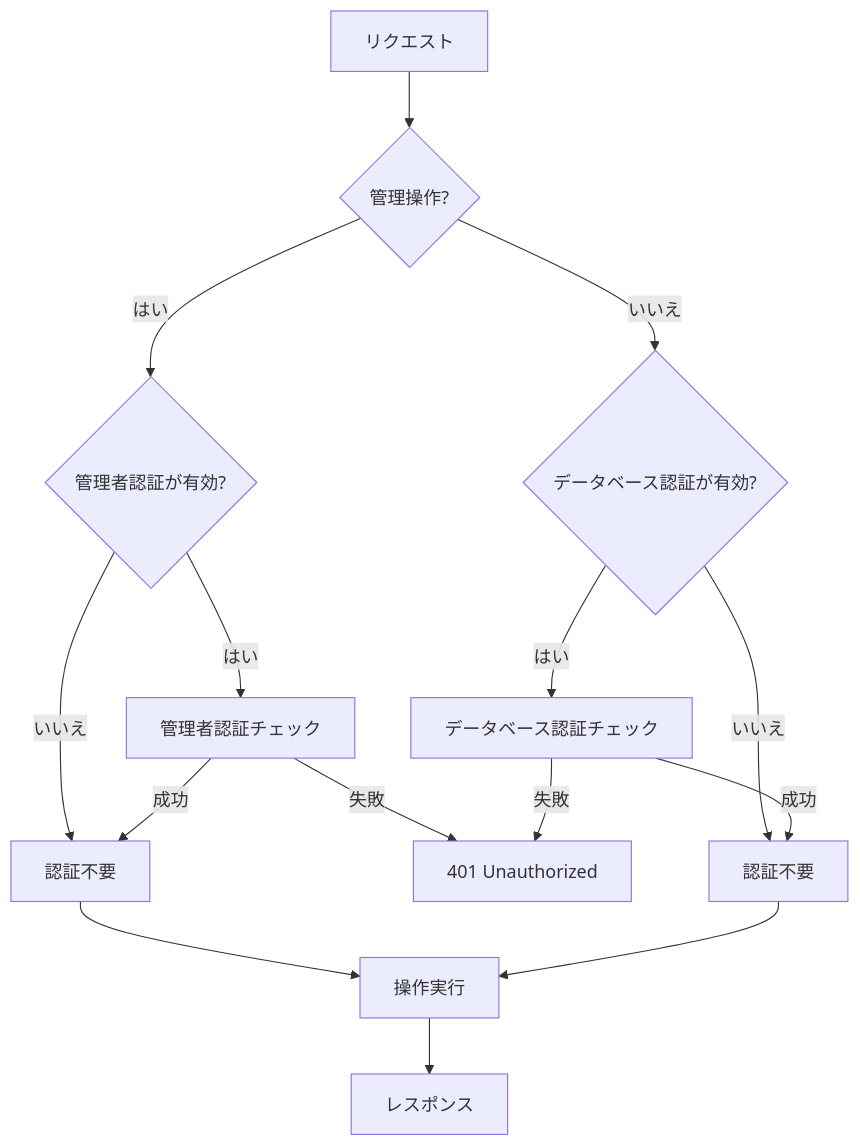
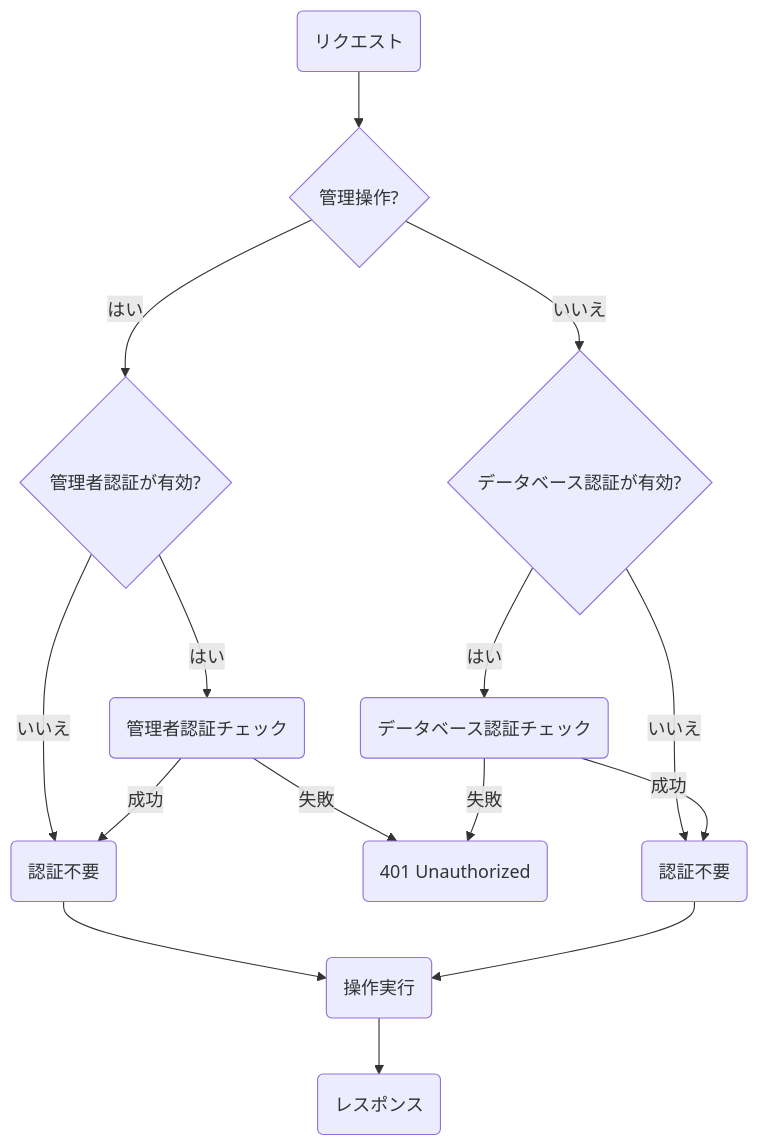
One commit to ssig33/fuckbase changed the fifth of 5 diagrams in textbooks/05_http_server_and_api.md. Above: the diagram before and after it, drawn with Mermaid. The commit also changed other lines of this file and 6 other files, not shown here.

Commit message:
Fix Mermaid diagrams in all textbooks by using parentheses for node text and curly braces for decision nodes

````diff
--- a/textbooks/05_http_server_and_api.md
+++ b/textbooks/05_http_server_and_api.md
@@ -308,23 +308,23 @@
 ```mermaid
 graph TD
-    A[リクエスト] --> B{管理操作?}
-    B -->|はい| C{管理者認証が有効?}
-    B -->|いいえ| F{データベース認証が有効?}
+    A("リクエスト") --> B{"管理操作?"}
+    B -->|はい| C{"管理者認証が有効?"}
+    B -->|いいえ| F{"データベース認証が有効?"}
     
-    C -->|はい| D[管理者認証チェック]
-    C -->|いいえ| E[認証不要]
+    C -->|はい| D("管理者認証チェック")
+    C -->|いいえ| E("認証不要")
     
     D -->|成功| E
-    D -->|失敗| K[401 Unauthorized]
+    D -->|失敗| K("401 Unauthorized")
     
-    F -->|はい| G[データベース認証チェック]
-    F -->|いいえ| J[認証不要]
+    F -->|はい| G("データベース認証チェック")
+    F -->|いいえ| J("認証不要")
     
     G -->|成功| J
     G -->|失敗| K
     
-    E --> H[操作実行]
+    E --> H("操作実行")
     J --> H
     
-    H --> I[レスポンス]
+    H --> I("レスポンス")
 ```
````
